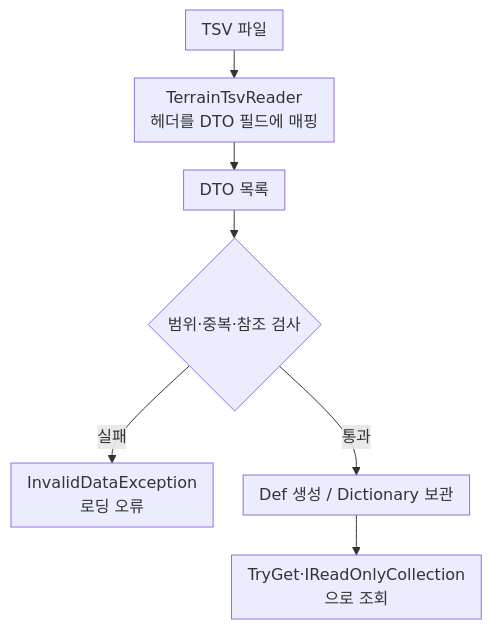
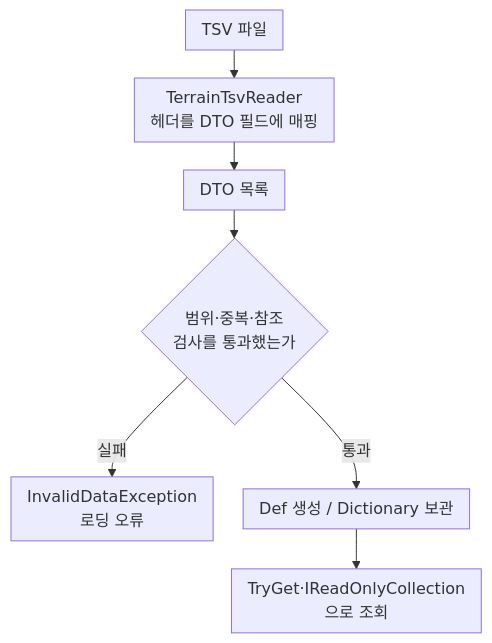
The fifth of 12 diagrams in src/2-Folk-Sack/TechDoc_FolkSack.md (keeeery/portfolio), drawn with Mermaid before and after one commit. The commit also changed other lines of this file and 3 other files, not shown here.

````diff
--- a/src/2-Folk-Sack/TechDoc_FolkSack.md
+++ b/src/2-Folk-Sack/TechDoc_FolkSack.md
@@ -311,11 +311,11 @@
 ```mermaid
 %%{init: {"flowchart": {"rankSpacing": 28, "nodeSpacing": 30, "padding": 8}}}%%
 flowchart TB
     TSV["TSV 파일"] --> Reader["TerrainTsvReader<br/>헤더를 DTO 필드에 매핑"]
     Reader --> DTO["DTO 목록"]
-    DTO --> Check{"범위·중복·참조 검사"}
+    DTO --> Check{"범위·중복·참조<br>검사를 통과했는가"}
     Check -->|실패| Error["InvalidDataException<br/>로딩 오류"]
     Check -->|통과| Def["Def 생성 / Dictionary 보관"]
     Def --> Use["TryGet·IReadOnlyCollection으로 조회"]
 %% 격자: TSV - | Reader - | DTO - | Check Error | Def - | Use -
 ```
````
